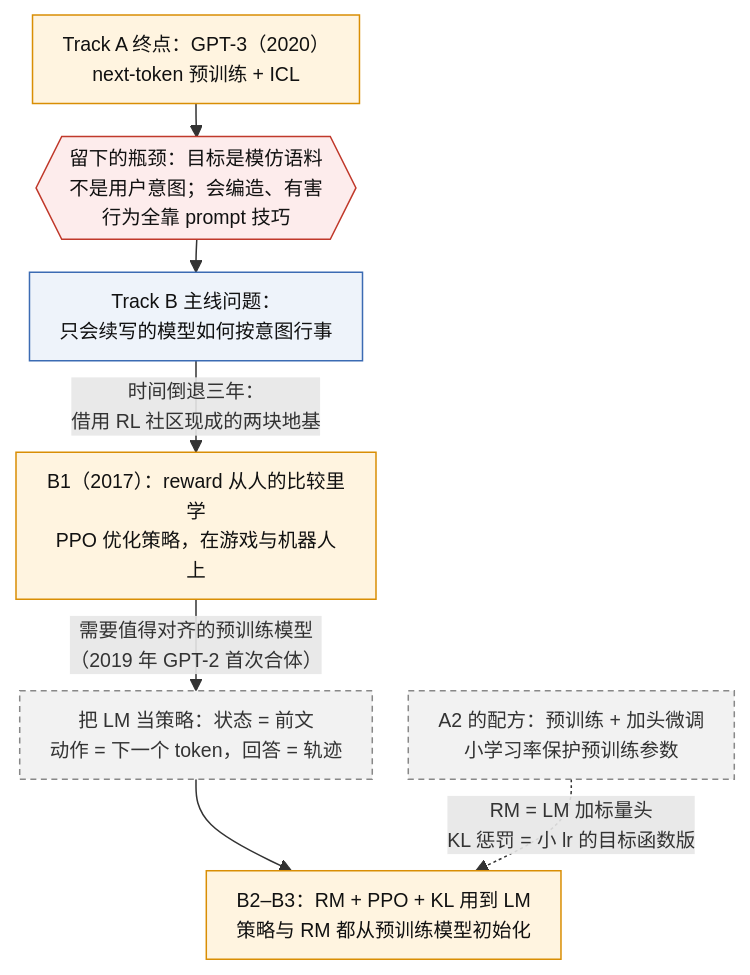
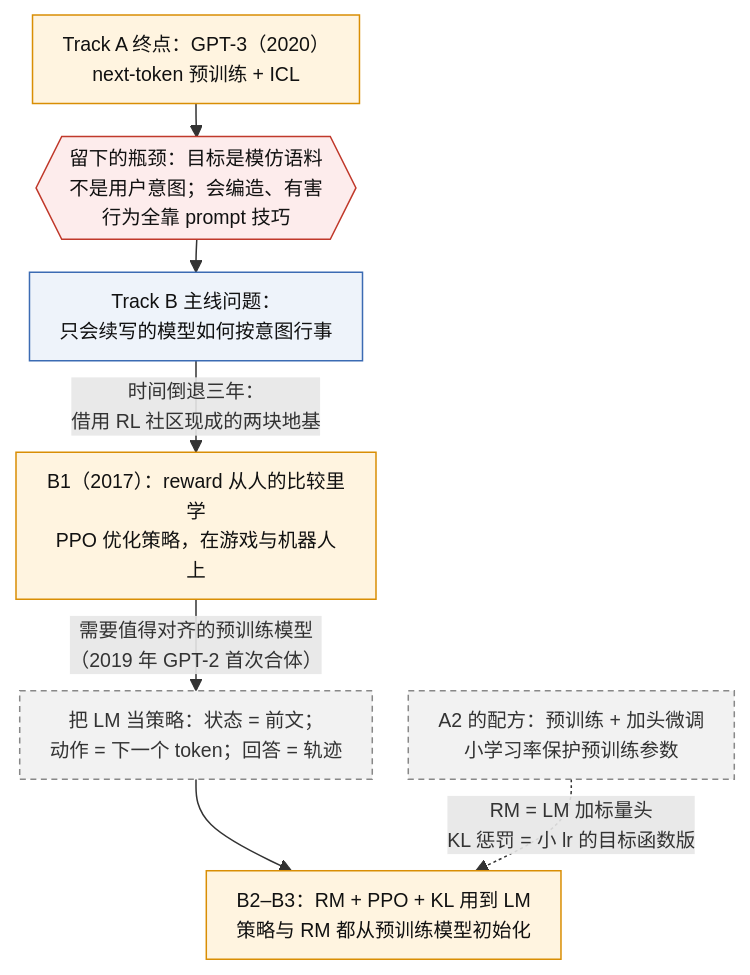
Before and after one commit to xiachenfeng/openai-innovation-learning: the diagram in knowledge/B-alignment/B-alignment.md, drawn with Mermaid. The commit also changed 11 other files, not shown here.

First line of the commit message:
B1 follow-ups 11.13, A1 11.14–11.15, todo list rule, mermaid check script

````diff
--- a/knowledge/B-alignment/B-alignment.md
+++ b/knowledge/B-alignment/B-alignment.md
@@ -37,20 +37,20 @@
 ```mermaid
 %%{init: {"flowchart": {"nodeSpacing": 24, "rankSpacing": 22, "padding": 10}, "themeVariables": {"fontSize": "13px"}}}%%
 flowchart TB
   A5["Track A 终点：GPT-3（2020）<br/>next-token 预训练 + ICL"]:::model
   GAP{{"留下的瓶颈：目标是模仿语料<br/>不是用户意图；会编造、有害<br/>行为全靠 prompt 技巧"}}:::loss
   Q["Track B 主线问题：<br/>只会续写的模型如何按意图行事"]:::data
   B1["B1（2017）：reward 从人的比较里学<br/>PPO 优化策略，在游戏与机器人上"]:::model
-  LM["把 LM 当策略：状态 = 前文<br/>动作 = 下一个 token，回答 = 轨迹"]:::frozen
+  LM["把 LM 当策略：状态 = 前文；<br/>动作 = 下一个 token；回答 = 轨迹"]:::frozen
   B2["B2–B3：RM + PPO + KL 用到 LM<br/>策略与 RM 都从预训练模型初始化"]:::model
   A2["A2 的配方：预训练 + 加头微调<br/>小学习率保护预训练参数"]:::frozen
   A5 --> GAP --> Q
   Q -->|"时间倒退三年：<br/>借用 RL 社区现成的两块地基"| B1
   B1 -->|"需要值得对齐的预训练模型<br/>（2019 年 GPT-2 首次合体）"| LM --> B2
   A2 -.->|"RM = LM 加标量头<br/>KL 惩罚 = 小 lr 的目标函数版"| B2
   classDef data  fill:#EEF3FA,stroke:#3B6BB3,color:#111
   classDef model fill:#FFF4E0,stroke:#D98E04,color:#111
   classDef frozen fill:#F2F2F2,stroke:#888,color:#333,stroke-dasharray:4 3
   classDef loss  fill:#FDECEC,stroke:#C0392B,color:#111
   classDef human fill:#EAF7EE,stroke:#2E8B57,color:#111
 ```
````
